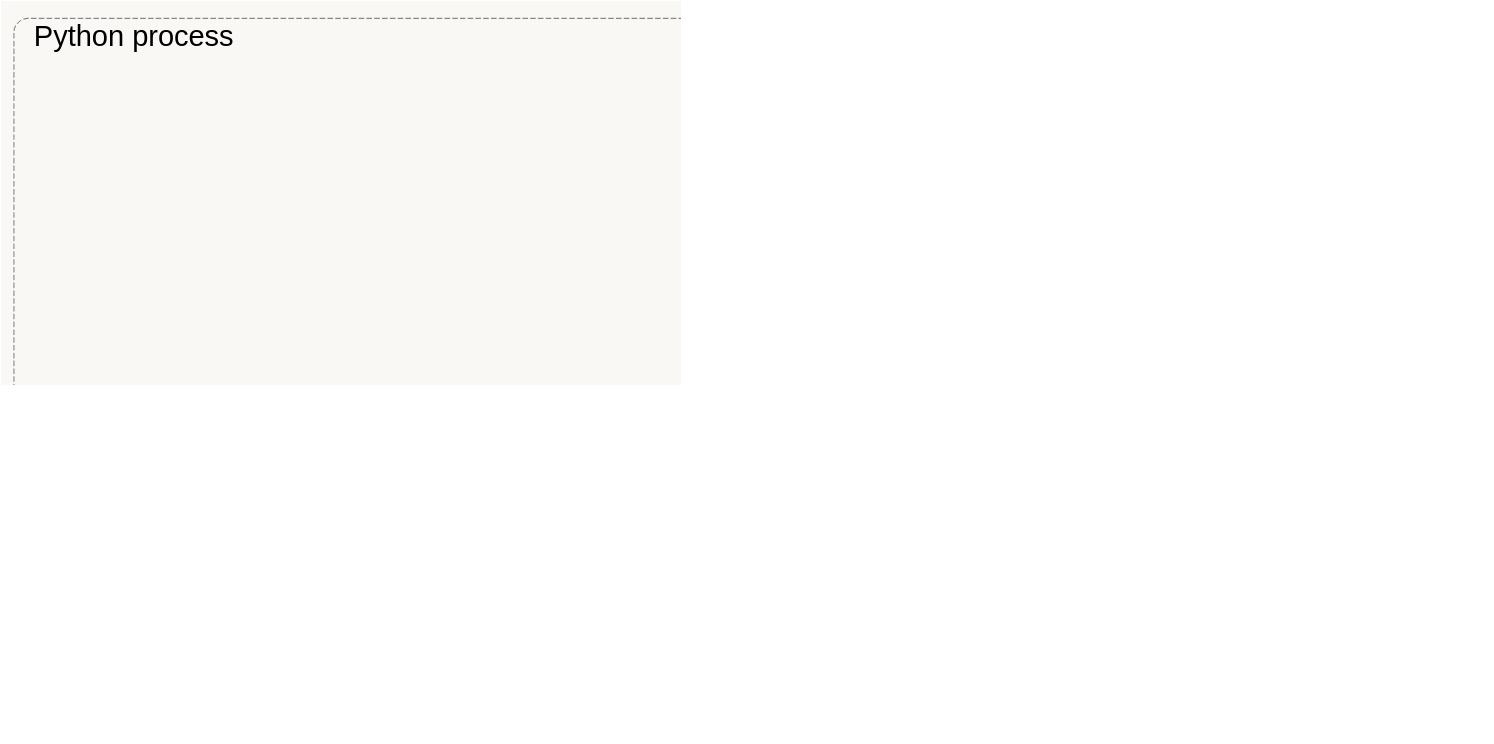
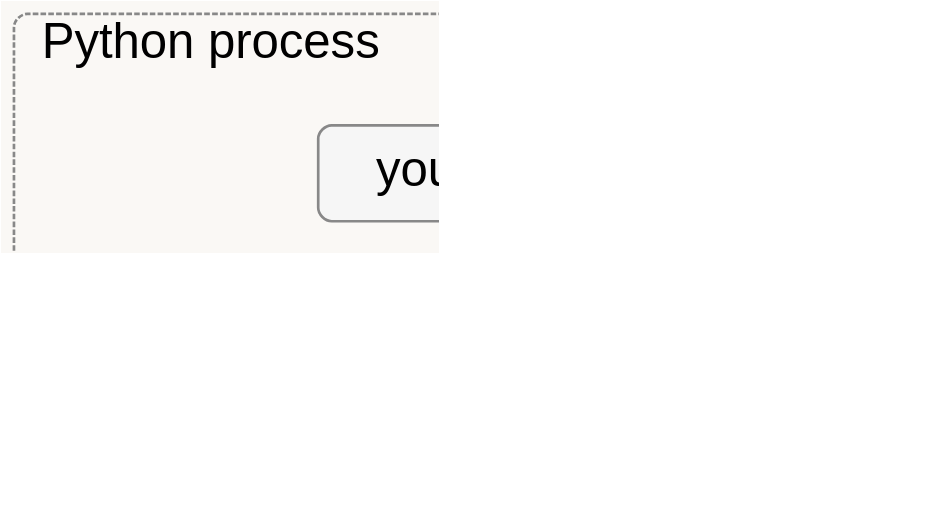
The diagram in docs/design/figures/arcadedb-python-cover.dot (humemai/humem.ai), drawn with Graphviz before and after one commit. The commit also changed 2 other files, not shown here.

Commit message:
News cover: a simpler diagram with larger type (#102) (#103)

```diff
--- a/docs/design/figures/arcadedb-python-cover.dot
+++ b/docs/design/figures/arcadedb-python-cover.dot
@@ -1,29 +1,24 @@
-// Cover of the SciPy paper news post. Source: benchmarks/python-bindings/figures/architecture.dot in humemai/arcadedb-embedded-python,
-// laid out for 16:9 (ratio, margins, site ground color). Build: see "Diagram covers" in docs/design/image-generation.md.
+// Cover of the SciPy paper news post: a simplified version of benchmarks/python-bindings/figures/architecture.dot in
+// humemai/arcadedb-embedded-python (the API box, the JVM box and the sub-labels are dropped so the type can be large).
+// Build: see "Diagram covers" in docs/design/image-generation.md.
 digraph arch {
-  rankdir=LR; bgcolor="#faf8f5"; ratio=0.5625; dpi=170;
-  graph [fontname="Helvetica", margin=0, pad="0.05", ranksep="0.8", nodesep="0.5"];
-  node [shape=box, style="rounded,filled", fontname="Helvetica", fontsize=26,
-        fillcolor="#eef3fb", color="#33557a", margin="0.24,0.16"];
-  edge [color="#33557a", penwidth=2.2];
+  rankdir=TB; bgcolor="#faf8f5"; dpi=170;
+  graph [fontname="Helvetica", margin=0, pad="0.05", ranksep="0.75", nodesep="0.6"];
+  node [shape=box, style="rounded,filled", fontname="Helvetica", fontsize=44,
+        fillcolor="#eef3fb", color="#33557a", penwidth=2.4, margin="0.42,0.26"];
+  edge [color="#33557a", penwidth=3.2, arrowsize=1.1];
 
   subgraph cluster_py {
-    label="Python process"; labeljust=l; margin=32; style="rounded,dashed"; color="#888888";
-    fontname="Helvetica"; fontsize=26;
+    label="Python process"; labeljust=l; style="rounded,dashed"; color="#888888";
+    fontname="Helvetica"; fontsize=44; margin=44; penwidth=2.4;
 
-    code [label="your Python code\n(numpy · pandas)", fillcolor="#f6f6f6", color="#888888"];
-    api  [label="arcadedb_embedded API\n(JPype in-process bridge)"];
-
-    subgraph cluster_jvm {
-      label="bundled JRE (JVM, in-process)"; labeljust=l; margin=32; style="rounded,filled";
-      fillcolor="#fcf7ef"; color="#b08d57"; fontname="Helvetica"; fontsize=26;
-      eng  [label="ArcadeDB engine\nACID · transactional", fillcolor="#e6edfb"];
-      doc  [label="Documents\n(SQL)", fillcolor="#eafbea", color="#2e7d32"];
-      gr   [label="Property graph\n(Cypher · GAV)", fillcolor="#eafbea", color="#2e7d32"];
-      vec  [label="Vectors\n(HNSW)", fillcolor="#eafbea", color="#2e7d32"];
-    }
+    code [label="your Python code", fillcolor="#f6f6f6", color="#888888"];
+    eng  [label="ArcadeDB engine", fillcolor="#e6edfb"];
+    doc  [label="Documents", fillcolor="#eafbea", color="#2e7d32"];
+    gr   [label="Graph", fillcolor="#eafbea", color="#2e7d32"];
+    vec  [label="Vectors", fillcolor="#eafbea", color="#2e7d32"];
   }
 
-  code -> api -> eng;
+  code -> eng;
   eng -> doc; eng -> gr; eng -> vec;
 }
```
